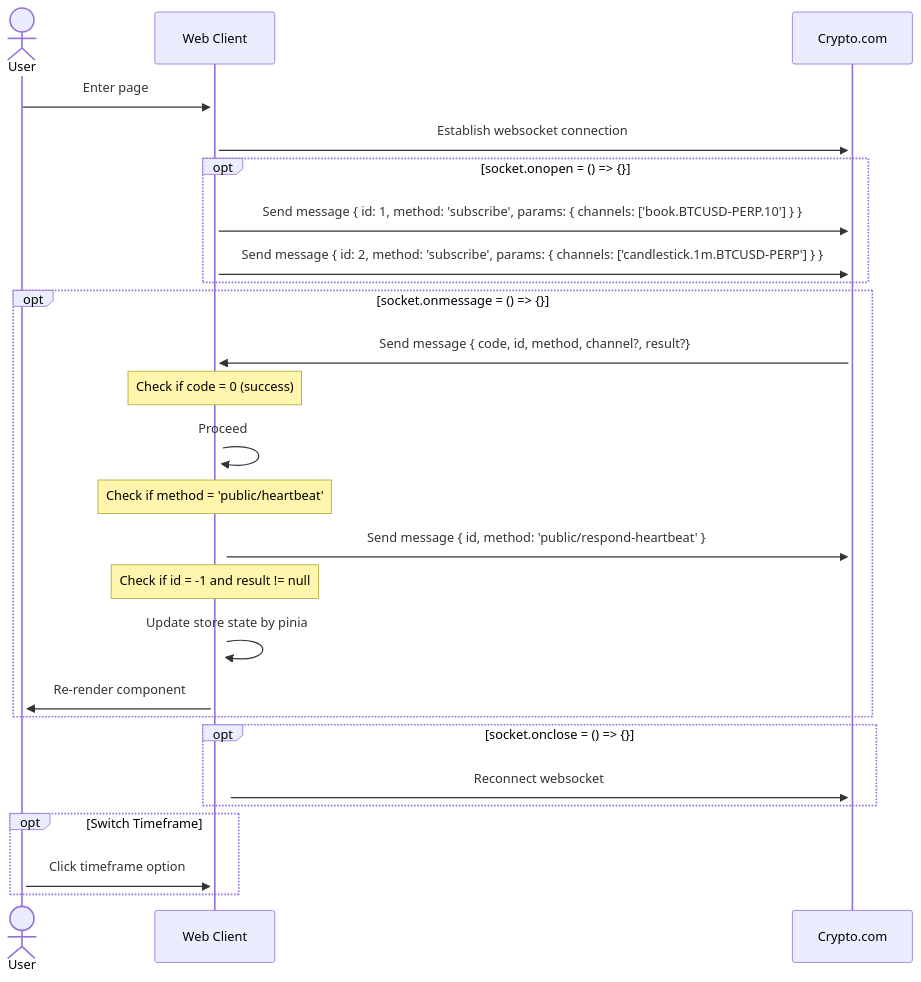
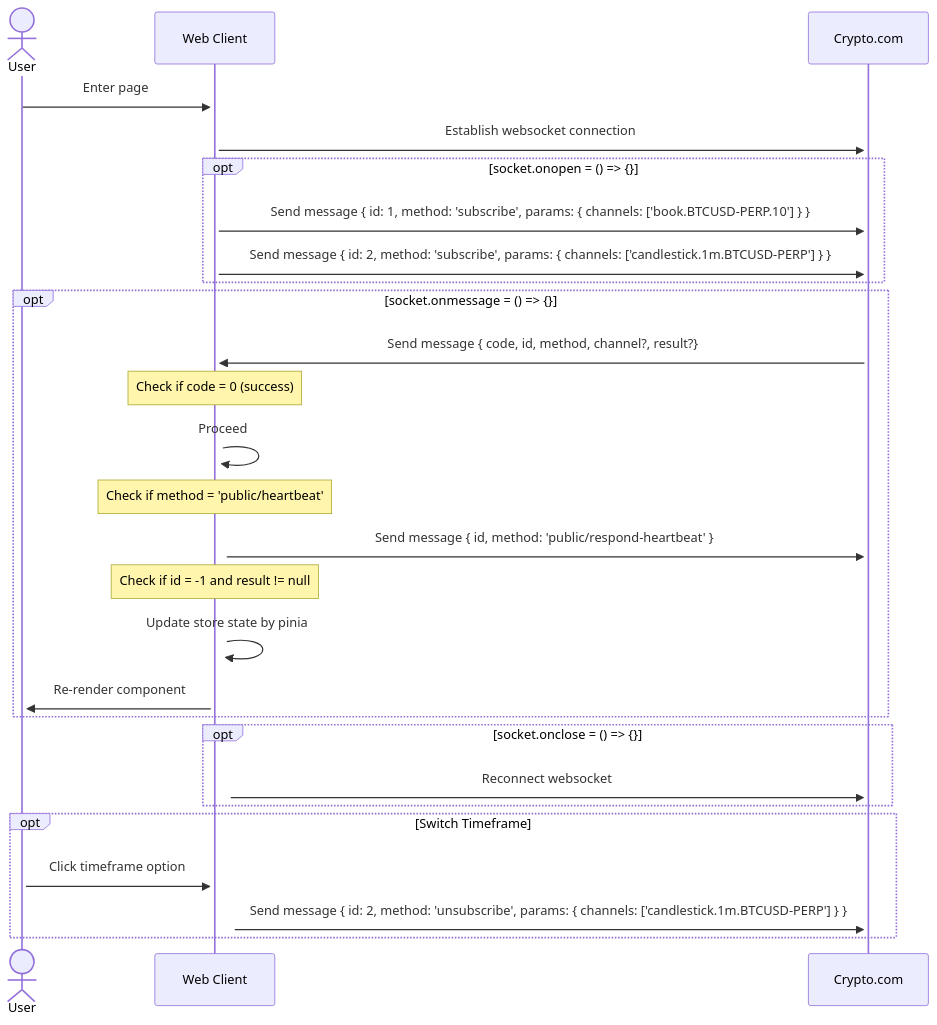
One commit to YuAnWu0000/cryptoExchange changed the diagram in README.md. Above: the diagram before and after it, drawn with Mermaid.

Commit message:
UPDATE: Websocket flow chart in README.md

````diff
--- a/README.md
+++ b/README.md
@@ -11,29 +11,30 @@
 ```mermaid
 sequenceDiagram
   actor User
   participant Web Client
   participant Crypto.com
   User ->>+ Web Client: Enter page
   Web Client ->>+ Crypto.com: Establish websocket connection
   opt socket.onopen = () => {}
   Web Client->>+ Crypto.com: Send message { id: 1, method: 'subscribe', params: { channels: ['book.BTCUSD-PERP.10'] } }
   Web Client->>+ Crypto.com: Send message { id: 2, method: 'subscribe', params: { channels: ['candlestick.1m.BTCUSD-PERP'] } }
   end
   opt socket.onmessage = () => {}
   Crypto.com->>+ Web Client: Send message { code, id, method, channel?, result?}
   Note over Web Client: Check if code = 0 (success)
   Web Client->>+ Web Client: Proceed
   Note over Web Client: Check if method = 'public/heartbeat'
   Web Client->>+ Crypto.com: Send message { id, method: 'public/respond-heartbeat' }
   Note over Web Client: Check if id = -1 and result != null
   Web Client->>+ Web Client: Update store state by pinia
   Web Client->>+ User: Re-render component
   end
   opt socket.onclose = () => {}
   Web Client->>+ Crypto.com: Reconnect websocket
   end
   opt Switch Timeframe
   User->>+ Web Client: Click timeframe option
+  Web Client->>+ Crypto.com: Send message { id: 2, method: 'unsubscribe', params: { channels: ['candlestick.1m.BTCUSD-PERP'] } }
 
   end
 ```
````
